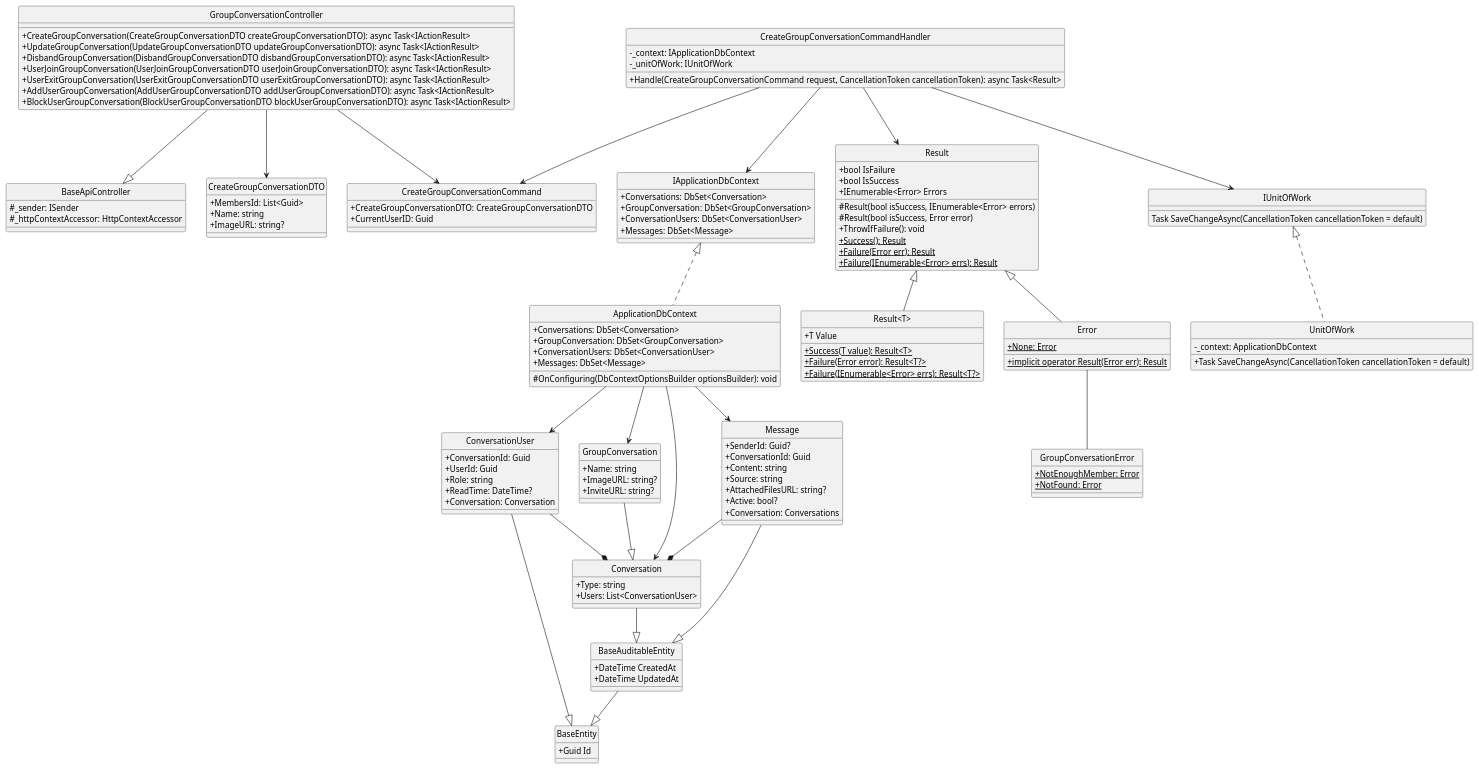
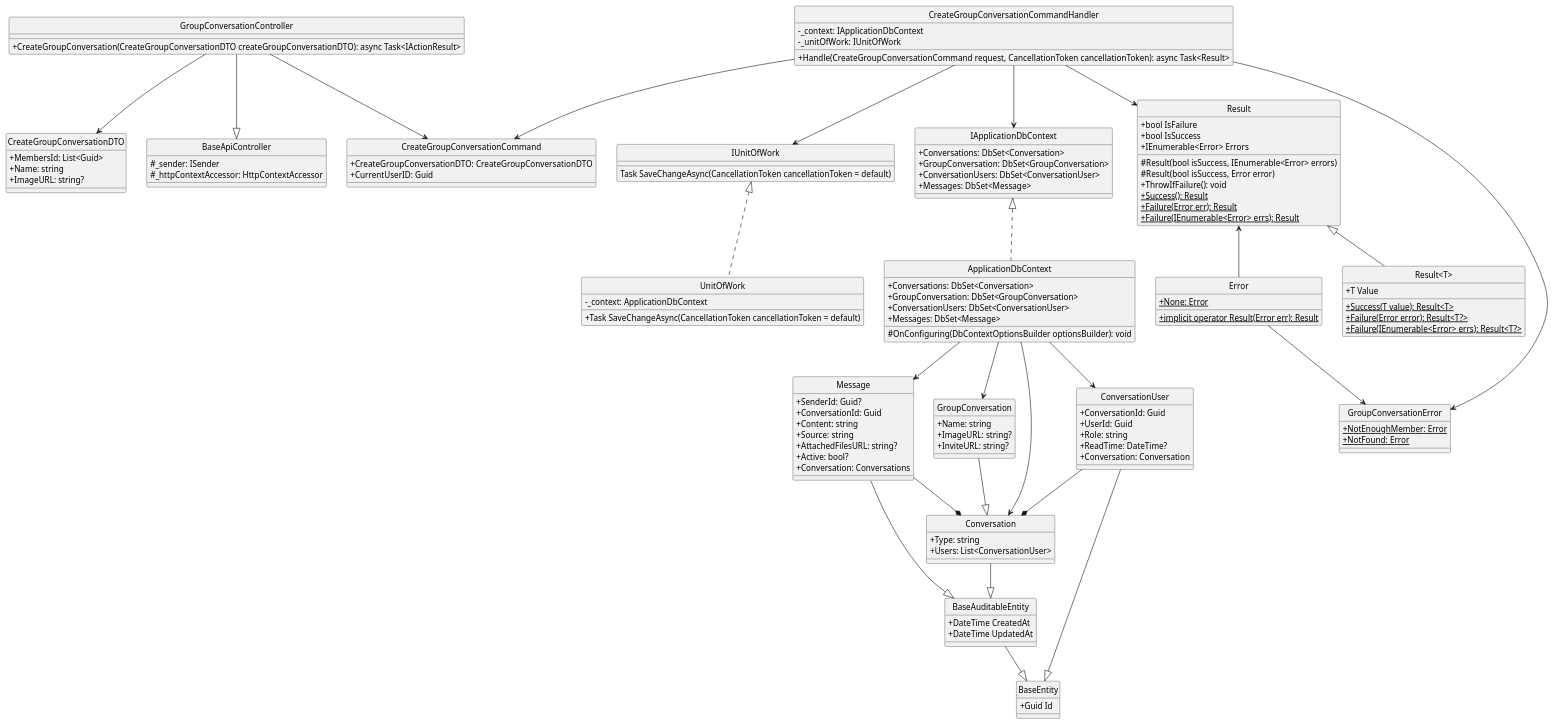
Before and after one commit to Carl-Johnsons/Chat-Application: the diagram in docs/Class Diagram/Conversation/CreateGroupConversation/ClassDiagram.plantuml, drawn with PlantUML. The commit also changed 13 other files, not shown here.

Commit message:
update conversation class diagram

```diff
--- a/docs/Class Diagram/Conversation/CreateGroupConversation/ClassDiagram.plantuml
+++ b/docs/Class Diagram/Conversation/CreateGroupConversation/ClassDiagram.plantuml
@@ -1,155 +1,149 @@
-@startuml 
+@startuml createGroupConversation
 hide circle
 skinparam classAttributeIconSize 0
 
 class BaseApiController {
     #_sender: ISender
     #_httpContextAccessor: HttpContextAccessor
 }
 
 class GroupConversationController {
     +CreateGroupConversation(CreateGroupConversationDTO createGroupConversationDTO): async Task<IActionResult>
-    +UpdateGroupConversation(UpdateGroupConversationDTO updateGroupConversationDTO): async Task<IActionResult>
-    +DisbandGroupConversation(DisbandGroupConversationDTO disbandGroupConversationDTO): async Task<IActionResult>
-    +UserJoinGroupConversation(UserJoinGroupConversationDTO userJoinGroupConversationDTO): async Task<IActionResult>
-    +UserExitGroupConversation(UserExitGroupConversationDTO userExitGroupConversationDTO): async Task<IActionResult>
-    +AddUserGroupConversation(AddUserGroupConversationDTO addUserGroupConversationDTO): async Task<IActionResult>
-    +BlockUserGroupConversation(BlockUserGroupConversationDTO blockUserGroupConversationDTO): async Task<IActionResult>
 }
 
 class CreateGroupConversationCommand {
     +CreateGroupConversationDTO: CreateGroupConversationDTO
     +CurrentUserID: Guid
 }
 
 class CreateGroupConversationCommandHandler {
     -_context: IApplicationDbContext
     -_unitOfWork: IUnitOfWork
     +Handle(CreateGroupConversationCommand request, CancellationToken cancellationToken): async Task<Result> 
 }
 
 class IApplicationDbContext {
     +Conversations: DbSet<Conversation>
     +GroupConversation: DbSet<GroupConversation>
     +ConversationUsers: DbSet<ConversationUser>
     +Messages: DbSet<Message>
 }
 
 class ApplicationDbContext {
     +Conversations: DbSet<Conversation>
     +GroupConversation: DbSet<GroupConversation>
     +ConversationUsers: DbSet<ConversationUser>
     +Messages: DbSet<Message>
     #OnConfiguring(DbContextOptionsBuilder optionsBuilder): void
 }
 
 class Result {
     +bool IsFailure
     +bool IsSuccess
     +IEnumerable<Error> Errors
     #Result(bool isSuccess, IEnumerable<Error> errors)
     #Result(bool isSuccess, Error error)
     +ThrowIfFailure(): void
     {static} +Success(): Result
     {static} +Failure(Error err): Result
     {static} +Failure(IEnumerable<Error> errs): Result
 }
 
 class "Result<T>" {
     +T Value
     {static} +Success(T value): Result<T>
     {static} +Failure(Error error): Result<T?>
     {static} +Failure(IEnumerable<Error> errs): Result<T?>
 }
 
 class Error {
     {static} +None: Error
     {static} +implicit operator Result(Error err): Result
 }
 
 class CreateGroupConversationDTO{
     +MembersId: List<Guid>
     +Name: string
     +ImageURL: string?
 }
 
 class IUnitOfWork {
     Task SaveChangeAsync(CancellationToken cancellationToken = default)
 }
 
 class UnitOfWork {
     -_context: ApplicationDbContext
     +Task SaveChangeAsync(CancellationToken cancellationToken = default)
 }
 
 class GroupConversationError {
     {static} +NotEnoughMember: Error
     {static} +NotFound: Error
 }
 
 class BaseEntity {
     +Guid Id
 }
 
 class BaseAuditableEntity{
     +DateTime CreatedAt
     +DateTime UpdatedAt
 }
 
 class Conversation {
     +Type: string
     +Users: List<ConversationUser>
 }
 
 class GroupConversation {
     +Name: string
     +ImageURL: string?
     +InviteURL: string?
 }
 
 class ConversationUser {
     +ConversationId: Guid
     +UserId: Guid
     +Role: string
     +ReadTime: DateTime?
     +Conversation: Conversation
 }
 
 class Message {
     +SenderId: Guid?
     +ConversationId: Guid
     +Content: string
     +Source: string
     +AttachedFilesURL: string?
     +Active: bool?
     +Conversation: Conversations
 }
 
-
-
-
 GroupConversationController --|> BaseApiController
 GroupConversationController --> CreateGroupConversationDTO
 GroupConversationController --> CreateGroupConversationCommand
 CreateGroupConversationCommandHandler --> CreateGroupConversationCommand
 CreateGroupConversationCommandHandler --> Result
 CreateGroupConversationCommandHandler --> IUnitOfWork
 CreateGroupConversationCommandHandler --> IApplicationDbContext
+CreateGroupConversationCommandHandler --> GroupConversationError
+
 IUnitOfWork <|.. UnitOfWork
 IApplicationDbContext <|.. ApplicationDbContext
-Result <|-- Error
+
+Result <-- Error
 Result <|-- "Result<T>"
-Error -- GroupConversationError
+Error --> GroupConversationError
 ApplicationDbContext --> Conversation
 ApplicationDbContext --> GroupConversation
 ApplicationDbContext --> ConversationUser
 ApplicationDbContext --> Message
 
 Conversation --|> BaseAuditableEntity
 GroupConversation --|> Conversation
 ConversationUser --|> BaseEntity
 ConversationUser --* Conversation
 Message --|> BaseAuditableEntity
 Message --* Conversation
 BaseAuditableEntity --|> BaseEntity
 @enduml
```
